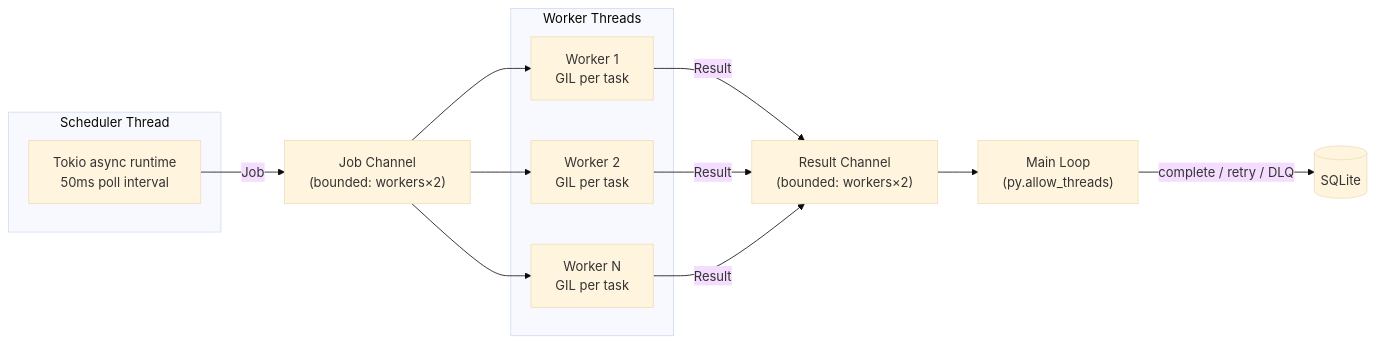
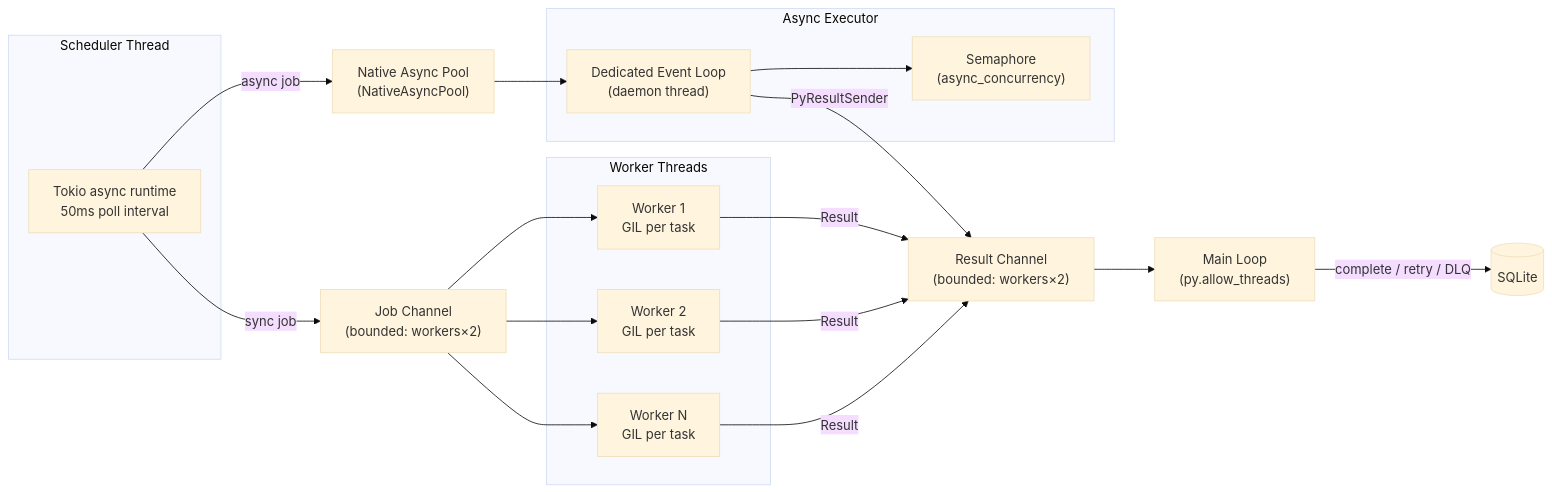
The third of 4 diagrams in docs/architecture.md (ByteVeda/taskito), drawn with Mermaid (base theme) before and after one commit. The commit also changed other lines of this file and 124 other files, not shown here.

First line of the commit message:
feat: resource system, native async, KEDA integration (#27)

````diff
--- a/docs/architecture.md
+++ b/docs/architecture.md
@@ -73,25 +79,35 @@
 ```mermaid
 graph LR
     subgraph Scheduler ["Scheduler Thread"]
         S["Tokio async runtime<br/>50ms poll interval"]
     end
 
-    S -->|"Job"| JCH["Job Channel<br/>(bounded: workers×2)"]
+    S -->|"sync job"| JCH["Job Channel<br/>(bounded: workers×2)"]
+    S -->|"async job"| AP["Native Async Pool<br/>(NativeAsyncPool)"]
 
     subgraph Pool ["Worker Threads"]
         W1["Worker 1<br/>GIL per task"]
         W2["Worker 2<br/>GIL per task"]
         WN["Worker N<br/>GIL per task"]
     end
 
+    subgraph AsyncPool ["Async Executor"]
+        EL["Dedicated Event Loop<br/>(daemon thread)"]
+        SEM["Semaphore<br/>(async_concurrency)"]
+    end
+
     JCH --> W1
     JCH --> W2
     JCH --> WN
 
+    AP --> EL
+    EL --> SEM
+
     W1 -->|"Result"| RCH["Result Channel<br/>(bounded: workers×2)"]
     W2 -->|"Result"| RCH
     WN -->|"Result"| RCH
+    EL -->|"PyResultSender"| RCH
 
     RCH --> ML["Main Loop<br/>(py.allow_threads)"]
     ML -->|"complete / retry / DLQ"| DB[("SQLite")]
 ```
````
